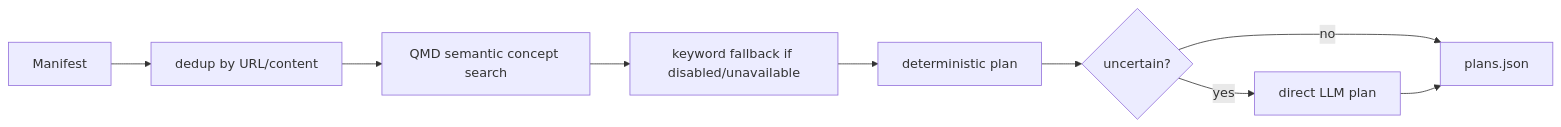
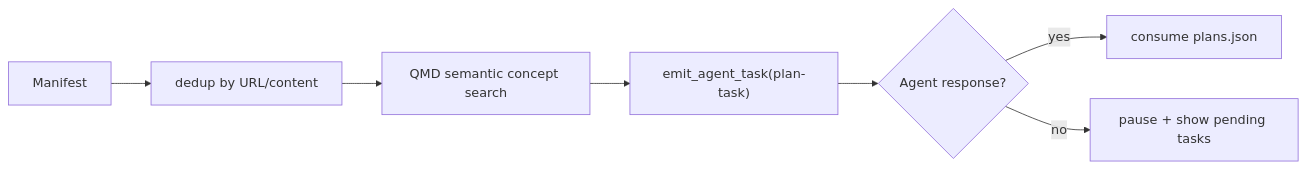
Before and after one commit to 0xminion/obsidian-llm-wiki: the second of 2 diagrams in docs/architecture/ARCHITECTURE.md, drawn with Mermaid. The commit also changed other lines of this file and 8 other files, not shown here.

````diff
--- a/docs/architecture/ARCHITECTURE.md
+++ b/docs/architecture/ARCHITECTURE.md
@@ -109,11 +113,9 @@
 ```mermaid
 flowchart LR
     Manifest --> Dedup[dedup by URL/content]
     Dedup --> QMD[QMD semantic concept search]
-    QMD --> Fallback[keyword fallback if disabled/unavailable]
-    Fallback --> Heuristic[deterministic plan]
-    Heuristic --> NeedLLM{uncertain?}
-    NeedLLM -->|yes| LLM[direct LLM plan]
-    NeedLLM -->|no| Plans[plans.json]
-    LLM --> Plans
+    QMD --> Bridge["emit_agent_task(plan-task)"]
+    Bridge --> Wait{Agent response?}
+    Wait -->|yes| Plans[consume plans.json]
+    Wait -->|no| Pause["pause + show pending tasks"]
 ```
````
